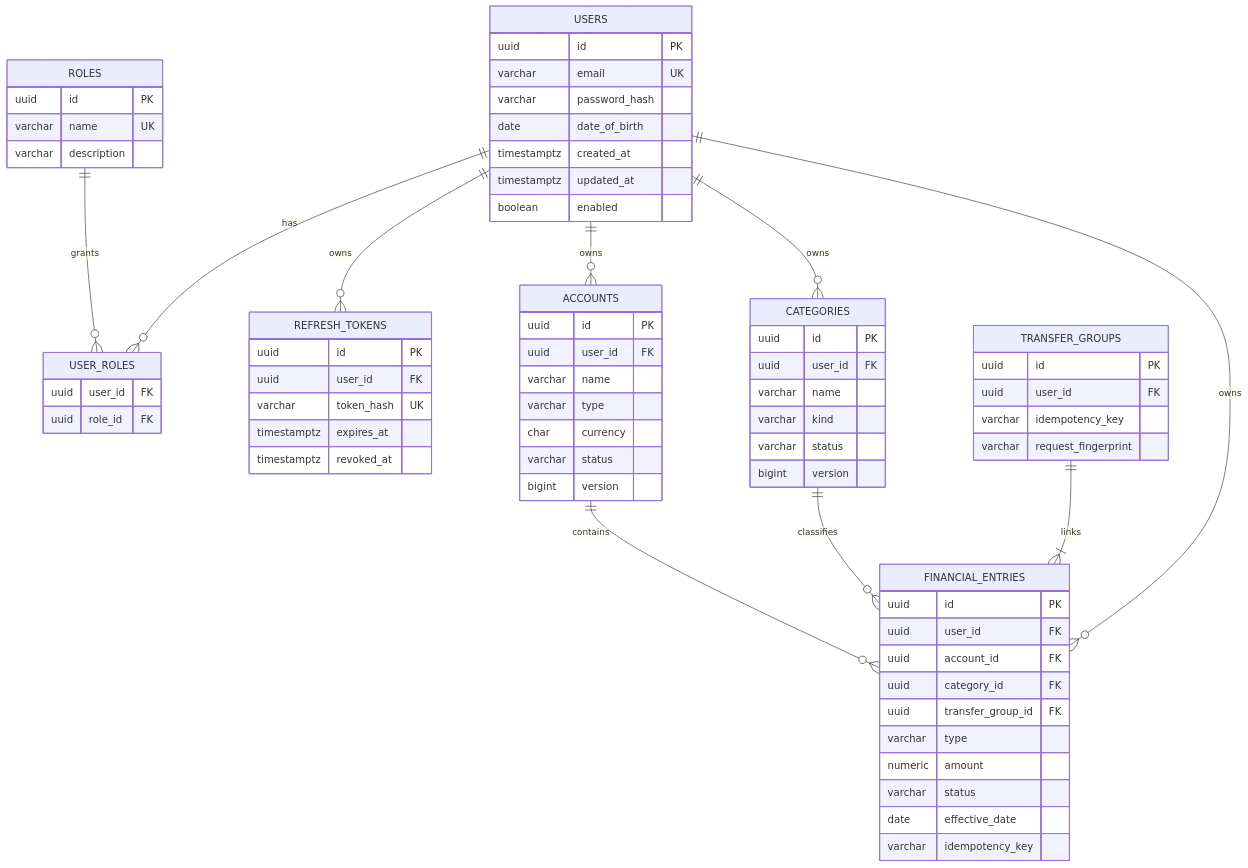
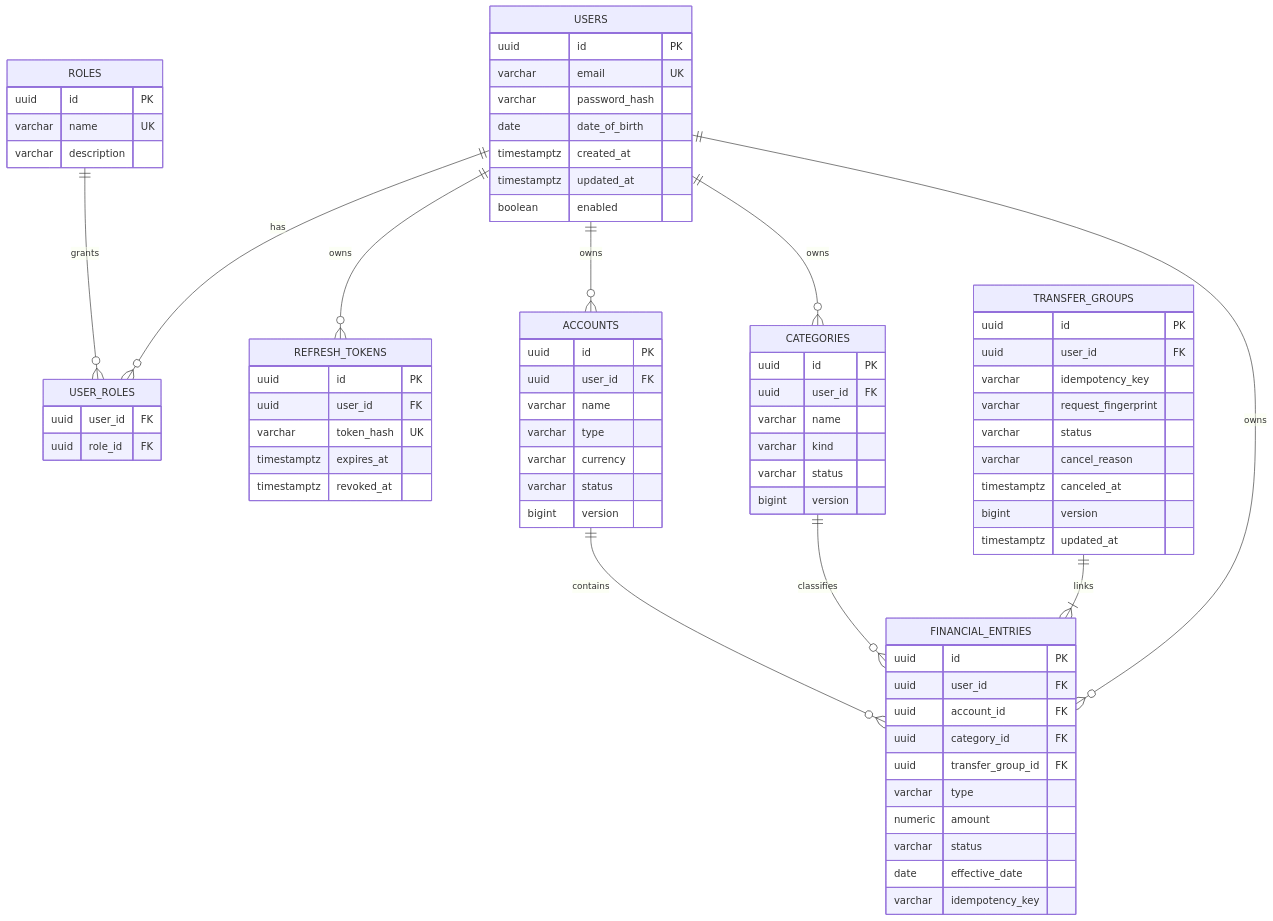
One commit to CaueWeber22/cointrol-backend changed the diagram in docs/BANCO_DE_DADOS.md. Above: the diagram before and after it, drawn with Mermaid. The commit also changed other lines of this file and 24 other files, not shown here.

````diff
--- a/docs/BANCO_DE_DADOS.md
+++ b/docs/BANCO_DE_DADOS.md
@@ -26,73 +28,78 @@
 ```mermaid
 erDiagram
     USERS ||--o{ USER_ROLES : has
     ROLES ||--o{ USER_ROLES : grants
     USERS ||--o{ REFRESH_TOKENS : owns
     USERS ||--o{ ACCOUNTS : owns
     USERS ||--o{ CATEGORIES : owns
     USERS ||--o{ FINANCIAL_ENTRIES : owns
     ACCOUNTS ||--o{ FINANCIAL_ENTRIES : contains
     CATEGORIES ||--o{ FINANCIAL_ENTRIES : classifies
     TRANSFER_GROUPS ||--|{ FINANCIAL_ENTRIES : links
 
     USERS {
         uuid id PK
         varchar email UK
         varchar password_hash
         date date_of_birth
         timestamptz created_at
         timestamptz updated_at
         boolean enabled
     }
     ROLES {
         uuid id PK
         varchar name UK
         varchar description
     }
     USER_ROLES {
         uuid user_id FK
         uuid role_id FK
     }
     REFRESH_TOKENS {
         uuid id PK
         uuid user_id FK
         varchar token_hash UK
         timestamptz expires_at
         timestamptz revoked_at
     }
     ACCOUNTS {
         uuid id PK
         uuid user_id FK
         varchar name
         varchar type
-        char currency
+        varchar currency
         varchar status
         bigint version
     }
     CATEGORIES {
         uuid id PK
         uuid user_id FK
         varchar name
         varchar kind
         varchar status
         bigint version
     }
     FINANCIAL_ENTRIES {
         uuid id PK
         uuid user_id FK
         uuid account_id FK
         uuid category_id FK
         uuid transfer_group_id FK
         varchar type
         numeric amount
         varchar status
         date effective_date
         varchar idempotency_key
     }
     TRANSFER_GROUPS {
         uuid id PK
         uuid user_id FK
         varchar idempotency_key
         varchar request_fingerprint
+        varchar status
+        varchar cancel_reason
+        timestamptz canceled_at
+        bigint version
+        timestamptz updated_at
     }
 ```
````
